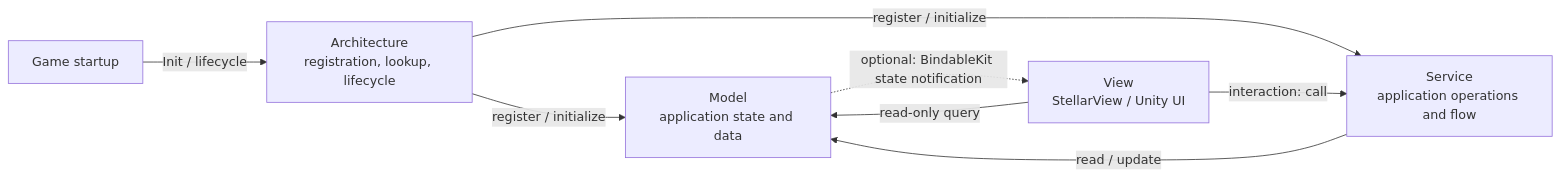
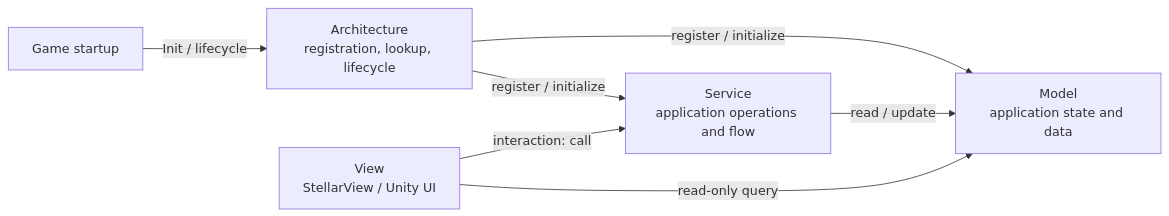
The diagram in README_EN.md (StarrDream/StellarFramework), drawn with Mermaid before and after one commit. The commit also changed other lines of this file and 1 other file, not shown here.

Commit message:
Clarify MSV architecture boundaries

```diff
--- a/README_EN.md
+++ b/README_EN.md
@@ -39,10 +39,9 @@
 ~~~mermaid
 flowchart LR
     Startup["Game startup"] -->|"Init / lifecycle"| Architecture["Architecture<T><br/>registration, lookup, lifecycle"]
     Architecture -->|"register / initialize"| Model["Model<br/>application state and data"]
     Architecture -->|"register / initialize"| Service["Service<br/>application operations and flow"]
     View["View<br/>StellarView / Unity UI"] -->|"interaction: call"| Service
     Service -->|"read / update"| Model
     View -->|"read-only query"| Model
-    Model -. "optional: BindableKit state notification" .-> View
 ~~~
```
